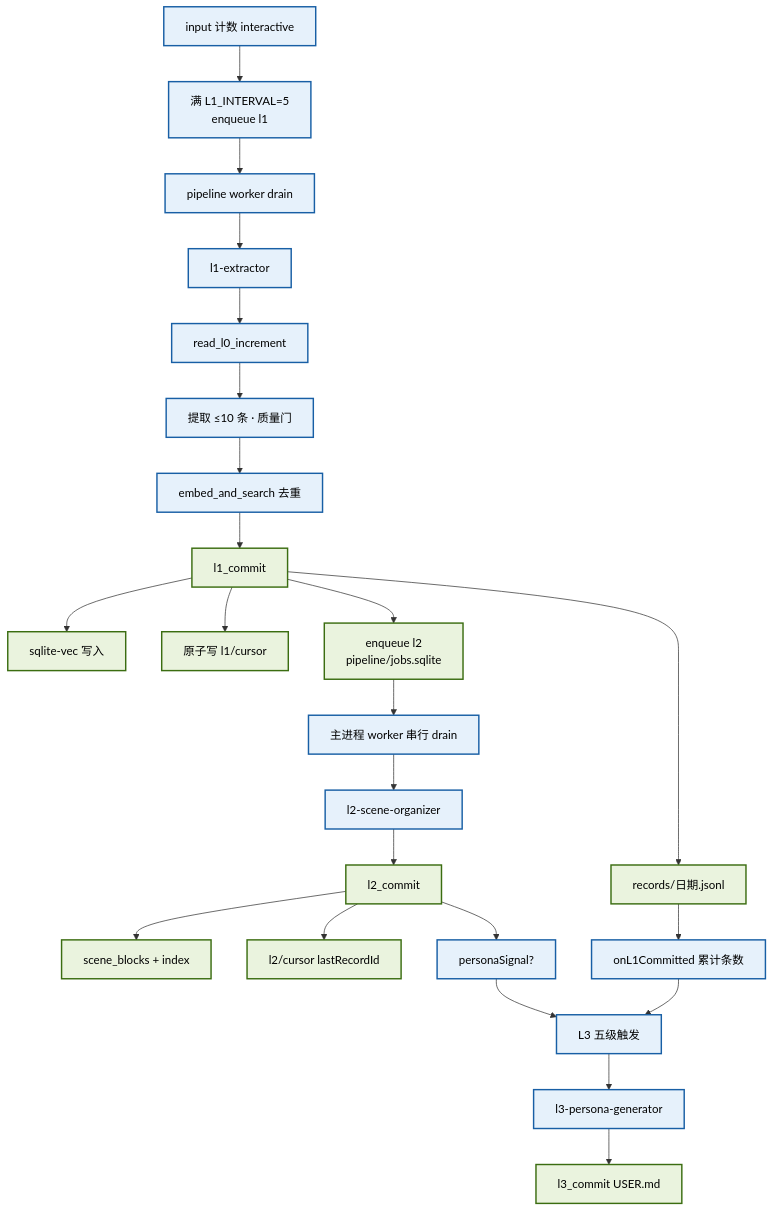
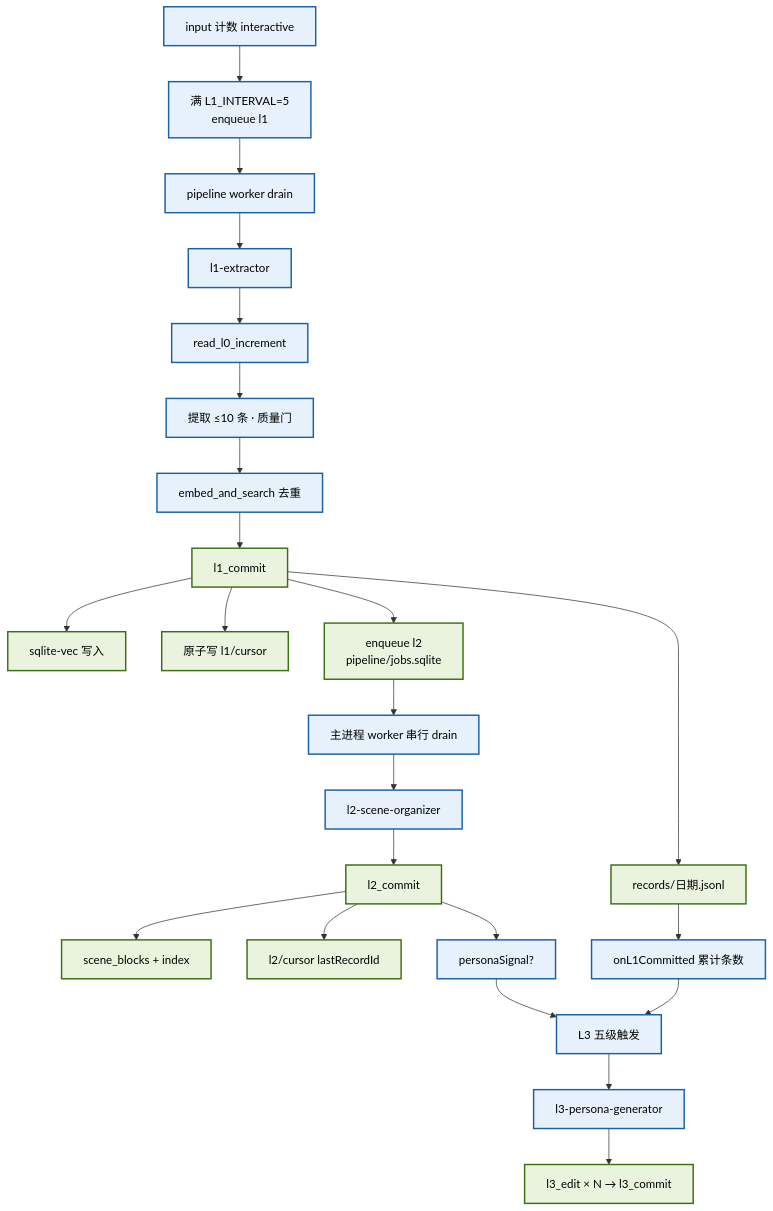
Before and after one commit to yinwenyuan28-afk/pi-memory-system: the fifth of 7 diagrams in 记忆系统架构说明.md, drawn with Mermaid. The commit also changed other lines of this file and 22 other files, not shown here.

````diff
--- a/记忆系统架构说明.md
+++ b/记忆系统架构说明.md
@@ -275,33 +276,33 @@
 ```mermaid
 flowchart TD
     classDef blue fill:#E6F1FB,stroke:#185FA5,stroke-width:2px,color:#000
     classDef green fill:#EAF3DE,stroke:#3B6D11,stroke-width:2px,color:#000
 
     A["input 计数 interactive"]:::blue
     A --> B["满 L1_INTERVAL=5<br/>enqueue l1"]:::blue
     B --> C0["pipeline worker drain"]:::blue
     C0 --> C["l1-extractor"]:::blue
     C --> D["read_l0_increment"]:::blue
     D --> E["提取 ≤10 条 · 质量门"]:::blue
     E --> F["embed_and_search 去重"]:::blue
     F --> G["l1_commit"]:::green
 
     G --> H["records/日期.jsonl"]:::green
     G --> I["sqlite-vec 写入"]:::green
     G --> J["原子写 l1/cursor"]:::green
 
     G --> K["enqueue l2<br/>pipeline/jobs.sqlite"]:::green
     K --> L["主进程 worker 串行 drain"]:::blue
     L --> M["l2-scene-organizer"]:::blue
     M --> N["l2_commit"]:::green
 
     N --> O["scene_blocks + index"]:::green
     N --> P["l2/cursor lastRecordId"]:::green
     N --> Q["personaSignal?"]:::blue
 
     H --> R["onL1Committed 累计条数"]:::blue
     Q --> S["L3 五级触发"]:::blue
     R --> S
     S --> T["l3-persona-generator"]:::blue
-    T --> U["l3_commit USER.md"]:::green
+    T --> U["l3_edit × N → l3_commit"]:::green
 ```
````
